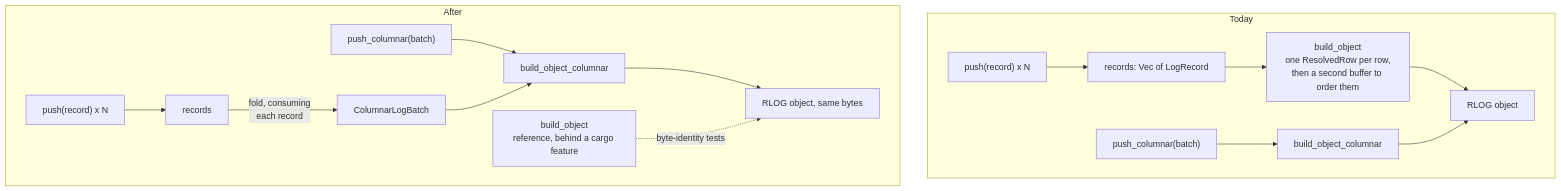
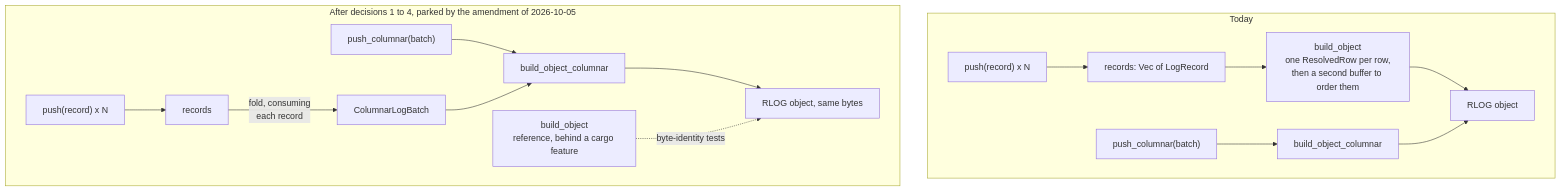
Before and after one commit to NOFireAI/ravel: the diagram in docs/adrs/2467-row-input-encodes-through-the-columnar-builder.md, drawn with Mermaid. The commit also changed other lines of this file, not shown here.

First line of the commit message:
docs: correct ADR-2467's amendment and record its outcome

````diff
--- a/docs/adrs/2467-row-input-encodes-through-the-columnar-builder.md
+++ b/docs/adrs/2467-row-input-encodes-through-the-columnar-builder.md
@@ -214,18 +214,18 @@
 ```mermaid
 flowchart TD
     subgraph today["Today"]
         P1["push(record) x N"] --> R1["records: Vec of LogRecord"]
         R1 --> B1["build_object<br/>one ResolvedRow per row,<br/>then a second buffer to order them"]
         B1 --> O1["RLOG object"]
         C1["push_columnar(batch)"] --> B2["build_object_columnar"]
         B2 --> O1
     end
-    subgraph after["After"]
+    subgraph after["After decisions 1 to 4, parked by the amendment of 2026-10-05"]
         P2["push(record) x N"] --> R2["records"]
         R2 -->|"fold, consuming<br/>each record"| BA["ColumnarLogBatch"]
         C2["push_columnar(batch)"] --> BC["build_object_columnar"]
         BA --> BC
         BC --> O2["RLOG object, same bytes"]
         T["build_object<br/>reference, behind a cargo feature"] -.->|"byte-identity tests"| O2
     end
 ```
````
